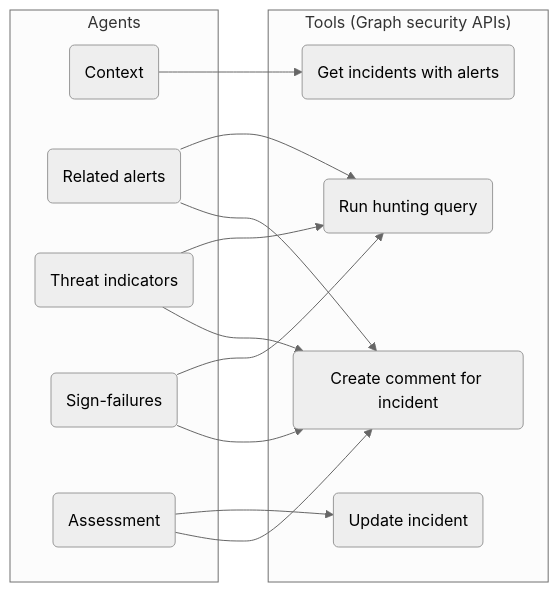
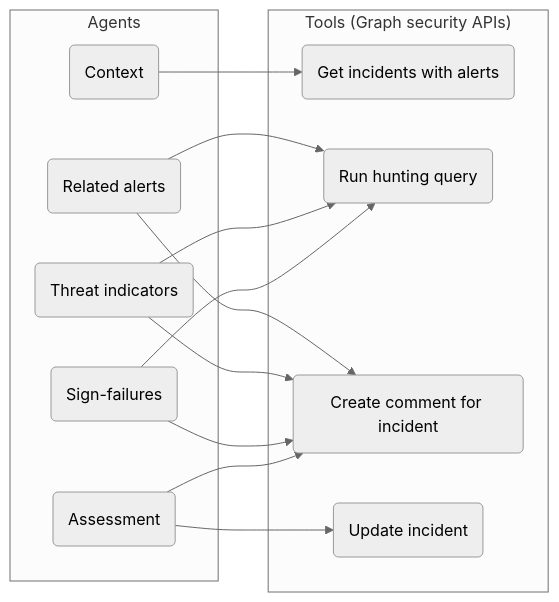
Before and after one commit to joetanx/defender: the third of 3 diagrams in auto-triage/README.md, drawn with Mermaid (neutral theme).

````diff
--- a/auto-triage/README.md
+++ b/auto-triage/README.md
@@ -45,25 +45,25 @@
 ```mermaid
 flowchart LR
   subgraph Agents
     A1(Context)
     A2(Related alerts)
     A3(Threat indicators)
     A4(Sign-failures)
     A5(Assessment)
   end
   subgraph "Tools (Graph security APIs)"
     T1(Get incidents with alerts)
-    T2(Create comment for incident)
-    T3(Update incident)
-    T4(Run hunting query)
+    T2(Run hunting query)
+    T3(Create comment for incident)
+    T4(Update incident)
   end
   A1 --> T1
   A2 --> T2
-  A2 --> T4
+  A2 --> T3
   A3 --> T2
-  A3 --> T4
+  A3 --> T3
   A4 --> T2
-  A4 --> T4
-  A5 --> T2
+  A4 --> T3
   A5 --> T3
+  A5 --> T4
 ```
````
